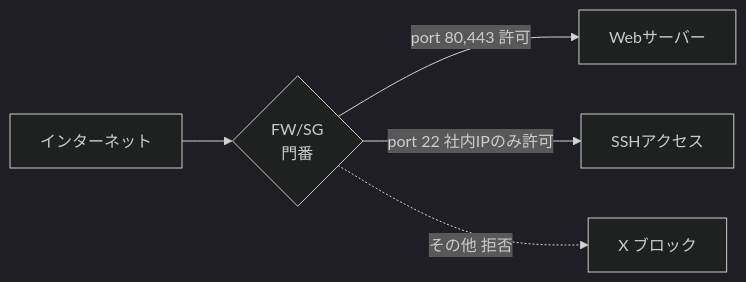
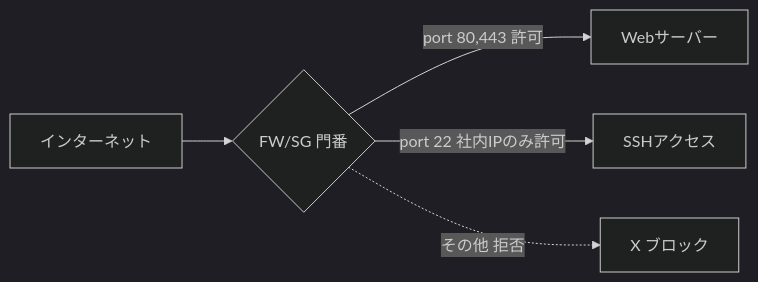
Before and after one commit to x86-unix/docs: diagram 12 of 20 in training/basics.md, drawn with Mermaid (dark theme). The commit also changed other lines of this file, not shown here.

````diff
--- a/training/basics.md
+++ b/training/basics.md
@@ -1738,7 +558,7 @@
 ```mermaid
 graph LR
-    Internet[インターネット] --> FW{FW/SG<br/>門番}
-    FW -->|port 80,443 許可| Web[Webサーバー]
-    FW -->|port 22 社内IPのみ許可| SSH[SSHアクセス]
-    FW -.->|その他 拒否| X[X ブロック]
+    Internet[インターネット] --> FW{"FW/SG 門番"}
+    FW -->|"port 80,443 許可"| Web[Webサーバー]
+    FW -->|"port 22 社内IPのみ許可"| SSH[SSHアクセス]
+    FW -.->|その他 拒否| X["X ブロック"]
 ```
````
